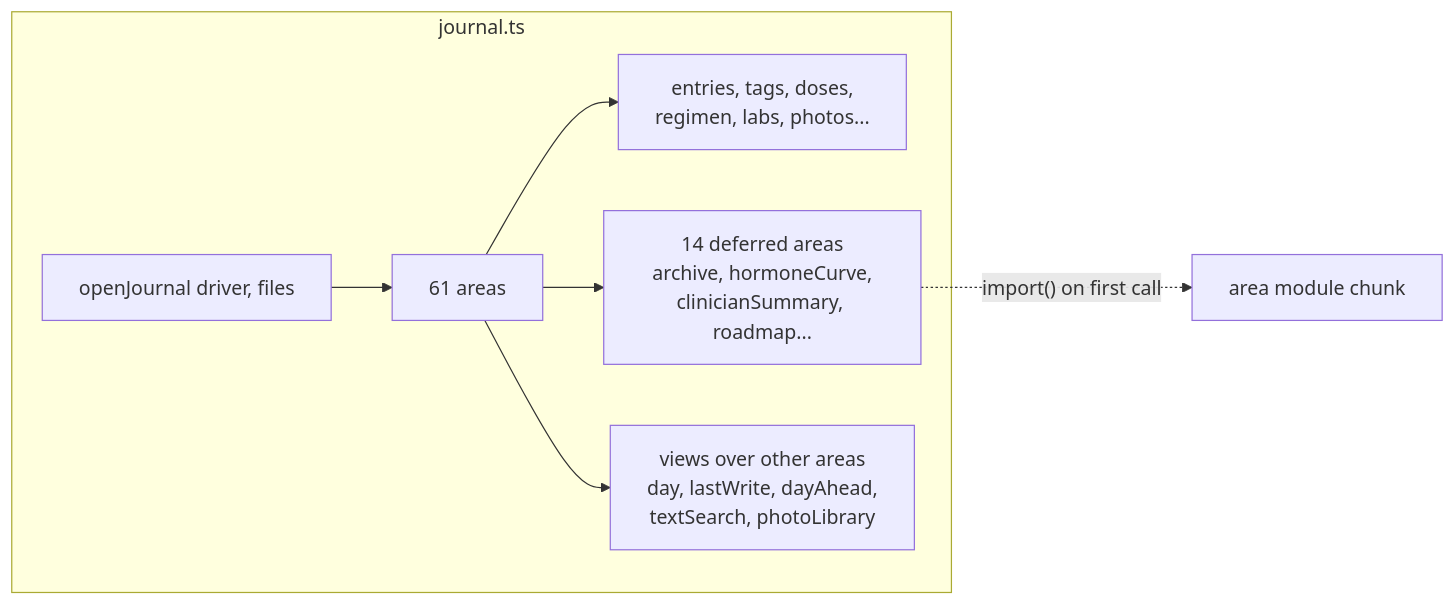
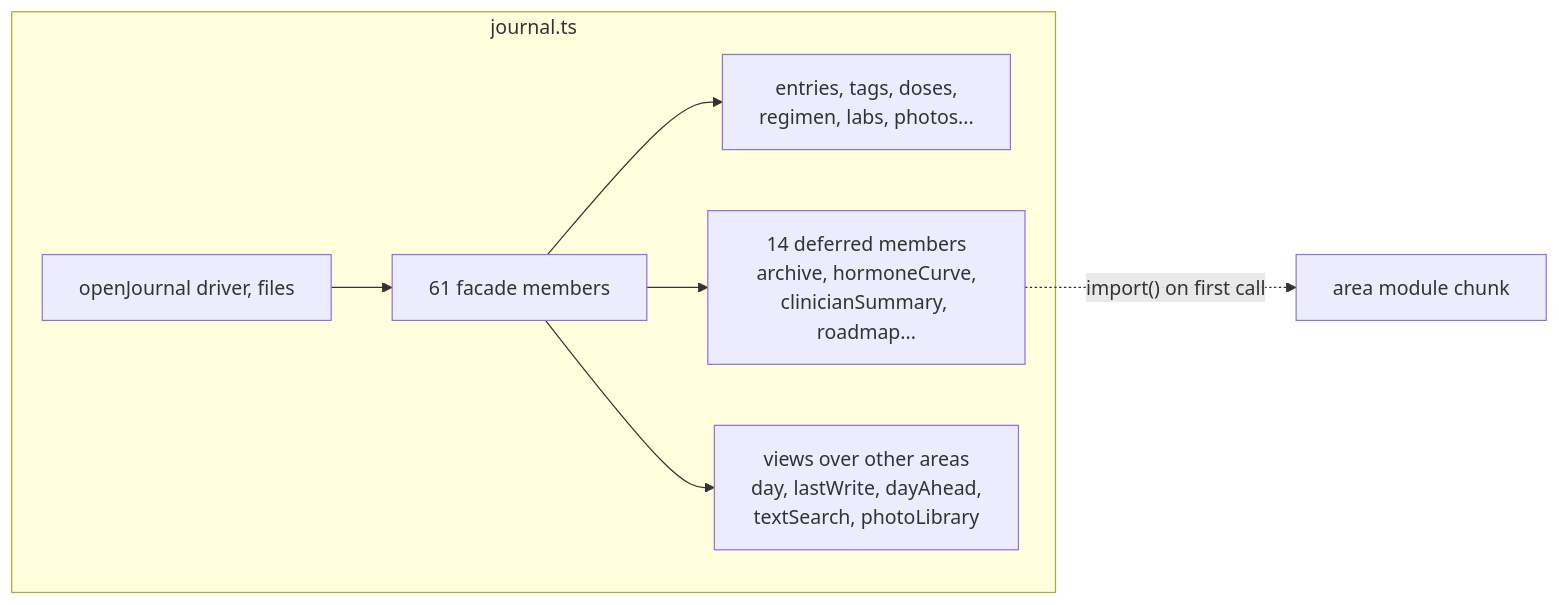
Before and after one commit to engender-app/engender: the eighth of 24 diagrams in docs/architecture.md, drawn with Mermaid. The commit also changed other lines of this file and 1 other file, not shown here.

First line of the commit message:
Make architecture docs easier to navigate on GitHub

````diff
--- a/docs/architecture.md
+++ b/docs/architecture.md
@@ -325,10 +360,10 @@
 ```mermaid
 flowchart LR
   subgraph journal.ts
-    O[openJournal driver, files] --> E[61 areas]
+    O[openJournal driver, files] --> E[61 facade members]
     E --> Eager[entries, tags, doses,<br/>regimen, labs, photos...]
-    E --> Def[14 deferred areas<br/>archive, hormoneCurve,<br/>clinicianSummary, roadmap...]
+    E --> Def[14 deferred members<br/>archive, hormoneCurve,<br/>clinicianSummary, roadmap...]
     E --> Views[views over other areas<br/>day, lastWrite, dayAhead,<br/>textSearch, photoLibrary]
   end
   Def -. "import() on first call" .-> Mod[area module chunk]
 ```
````
